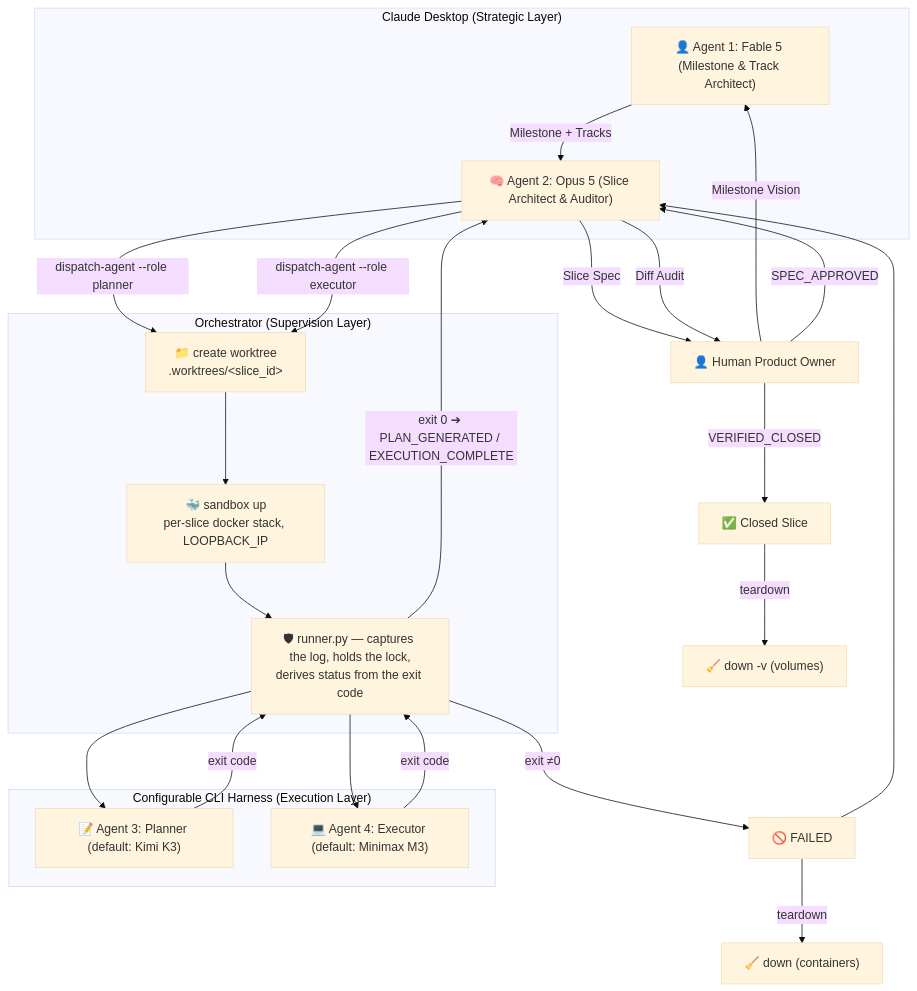
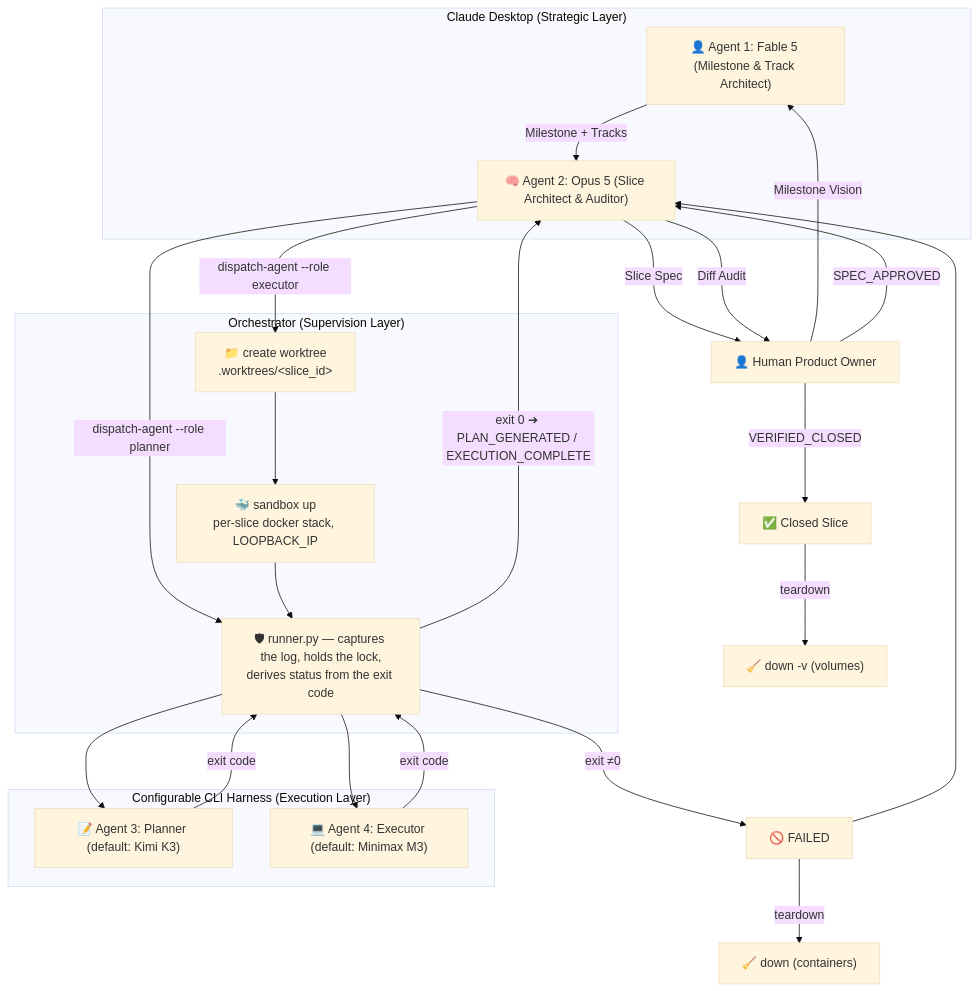
The diagram in README.md (ramil-zakirov-dev/superpowers-multiagents), drawn with Mermaid (base theme) before and after one commit. The commit also changed other lines of this file and 2 other files, not shown here.

Commit message:
docs: correct the lock-release step range, hook-timing tense, and the planner's diagram path

````diff
--- a/README.md
+++ b/README.md
@@ -50,39 +50,39 @@
 ```mermaid
 flowchart TD
     subgraph GUI ["Claude Desktop (Strategic Layer)"]
         A1["👤 Agent 1: Fable 5 (Milestone & Track Architect)"]
         A2["🧠 Agent 2: Opus 5 (Slice Architect & Auditor)"]
     end
 
     subgraph SUP ["Orchestrator (Supervision Layer)"]
         W["📁 create worktree<br/>.worktrees/&lt;slice_id&gt;"]
         SB["🐳 sandbox up<br/>per-slice docker stack, LOOPBACK_IP"]
         R["🛡 runner.py — captures the log, holds the lock,<br/>derives status from the exit code"]
     end
 
     subgraph CLI ["Configurable CLI Harness (Execution Layer)"]
         A3["📝 Agent 3: Planner (default: Kimi K3)"]
         A4["💻 Agent 4: Executor (default: Minimax M3)"]
     end
 
     Human["👤 Human Product Owner"] -->|"Milestone Vision"| A1
     A1 -->|"Milestone + Tracks"| A2
     A2 -->|"Slice Spec"| Human
     Human -->|"SPEC_APPROVED"| A2
 
-    A2 -->|"dispatch-agent --role planner"| W
+    A2 -->|"dispatch-agent --role planner"| R
     A2 -->|"dispatch-agent --role executor"| W
     W --> SB
     SB --> R
     R --> A3
     R --> A4
     A3 -->|"exit code"| R
     A4 -->|"exit code"| R
     R -->|"exit 0 ➔ PLAN_GENERATED / EXECUTION_COMPLETE"| A2
     R -->|"exit ≠0"| F["🚫 FAILED"]
     F --> A2
     F -->|"teardown"| TD1["🧹 down (containers)"]
     A2 -->|"Diff Audit"| Human
     Human -->|"VERIFIED_CLOSED"| Done["✅ Closed Slice"]
     Done -->|"teardown"| TD2["🧹 down -v (volumes)"]
 ```
````
